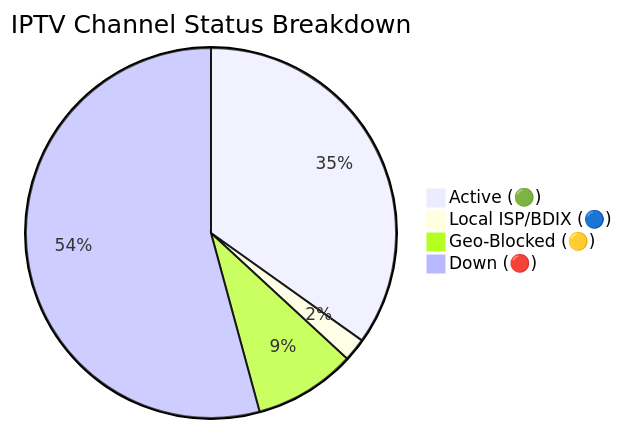
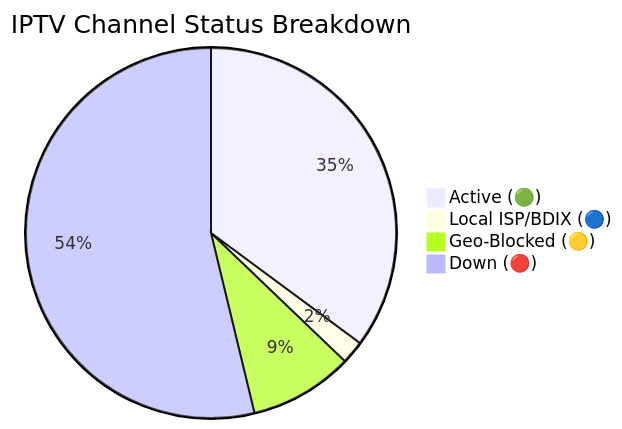
The diagram in README.md (andreataylord/Ip-tv-Collection), drawn with Mermaid before and after one commit. The commit also changed other lines of this file and 1 other file, not shown here.

Commit message:
docs(readme): auto-update daily channel status chart

````diff
--- a/README.md
+++ b/README.md
@@ -59,7 +59,7 @@
 ```mermaid
 pie title IPTV Channel Status Breakdown
-    "Active (🟢)" : 2212
+    "Active (🟢)" : 2230
     "Local ISP/BDIX (🔵)" : 128
-    "Geo-Blocked (🟡)" : 565
-    "Down (🔴)" : 3442
+    "Geo-Blocked (🟡)" : 576
+    "Down (🔴)" : 3413
 ```
````
